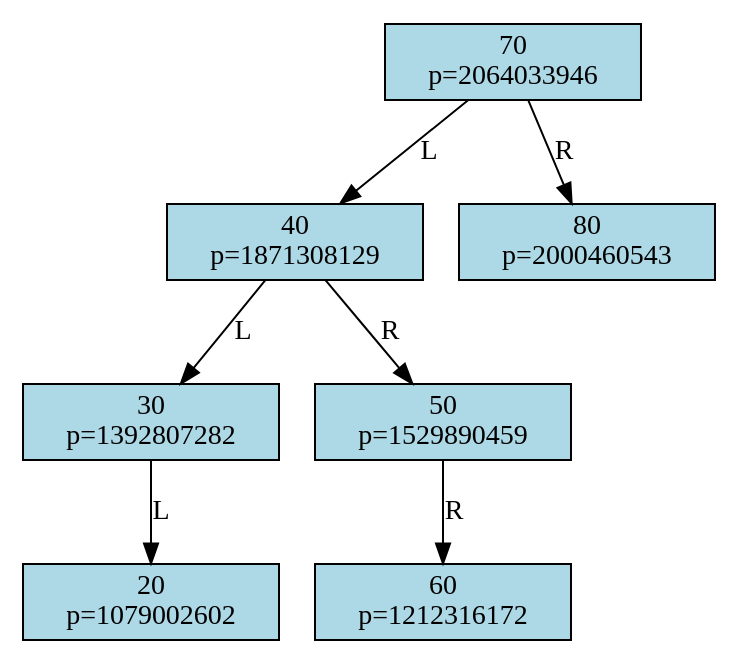
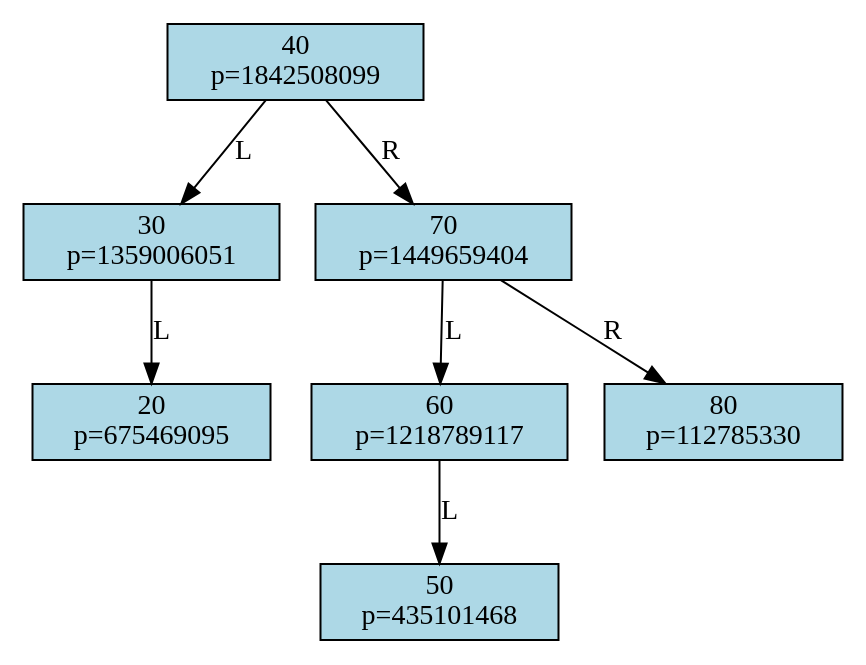
One commit to rafa16w34/Trabalho1-AEDS2 changed the diagram in output/dots/treap/estado_antes_remocao.dot. Above: the diagram before and after it, drawn with Graphviz. The commit also changed 18 other files, not shown here.

```diff
--- a/output/dots/treap/estado_antes_remocao.dot
+++ b/output/dots/treap/estado_antes_remocao.dot
@@ -1,16 +1,16 @@
 digraph TreapTree {
     node [shape=record, style=filled, fillcolor=lightblue];
-    node0x5f27b2dd6d60 [label="70\np=2064033946"];
-    node0x5f27b2dd6d60 -> node0x5f27b2dd6bd0 [label="L"];
-    node0x5f27b2dd6bd0 [label="40\np=1871308129"];
-    node0x5f27b2dd6bd0 -> node0x5f27b2dd6c20 [label="L"];
-    node0x5f27b2dd6c20 [label="30\np=1392807282"];
-    node0x5f27b2dd6c20 -> node0x5f27b2dd6c70 [label="L"];
-    node0x5f27b2dd6c70 [label="20\np=1079002602"];
-    node0x5f27b2dd6bd0 -> node0x5f27b2dd6cc0 [label="R"];
-    node0x5f27b2dd6cc0 [label="50\np=1529890459"];
-    node0x5f27b2dd6cc0 -> node0x5f27b2dd4840 [label="R"];
-    node0x5f27b2dd4840 [label="60\np=1212316172"];
-    node0x5f27b2dd6d60 -> node0x5f27b2dd93f0 [label="R"];
-    node0x5f27b2dd93f0 [label="80\np=2000460543"];
+    node0x562a82bd0bd0 [label="40\np=1842508099"];
+    node0x562a82bd0bd0 -> node0x562a82bd0c20 [label="L"];
+    node0x562a82bd0c20 [label="30\np=1359006051"];
+    node0x562a82bd0c20 -> node0x562a82bd0c70 [label="L"];
+    node0x562a82bd0c70 [label="20\np=675469095"];
+    node0x562a82bd0bd0 -> node0x562a82bd0d60 [label="R"];
+    node0x562a82bd0d60 [label="70\np=1449659404"];
+    node0x562a82bd0d60 -> node0x562a82bce840 [label="L"];
+    node0x562a82bce840 [label="60\np=1218789117"];
+    node0x562a82bce840 -> node0x562a82bd0cc0 [label="L"];
+    node0x562a82bd0cc0 [label="50\np=435101468"];
+    node0x562a82bd0d60 -> node0x562a82bd33f0 [label="R"];
+    node0x562a82bd33f0 [label="80\np=112785330"];
 }
```
